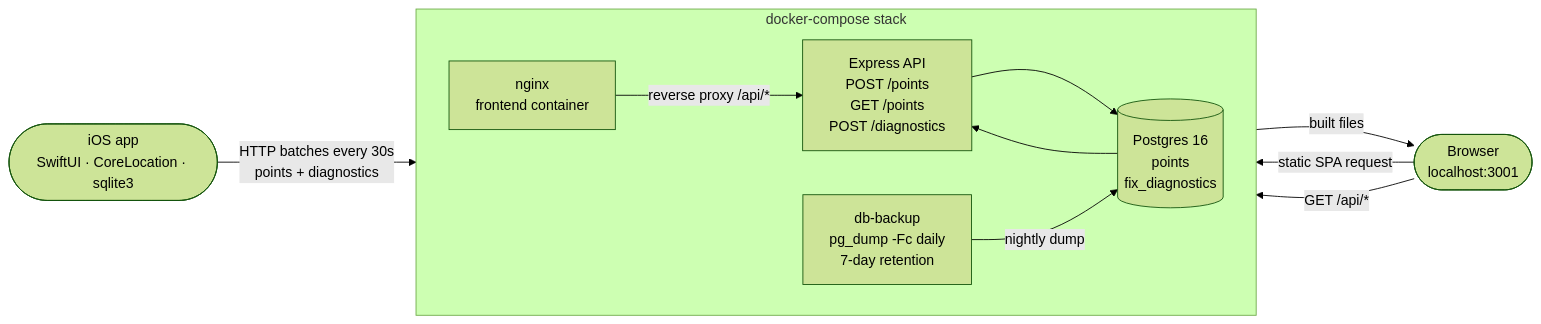
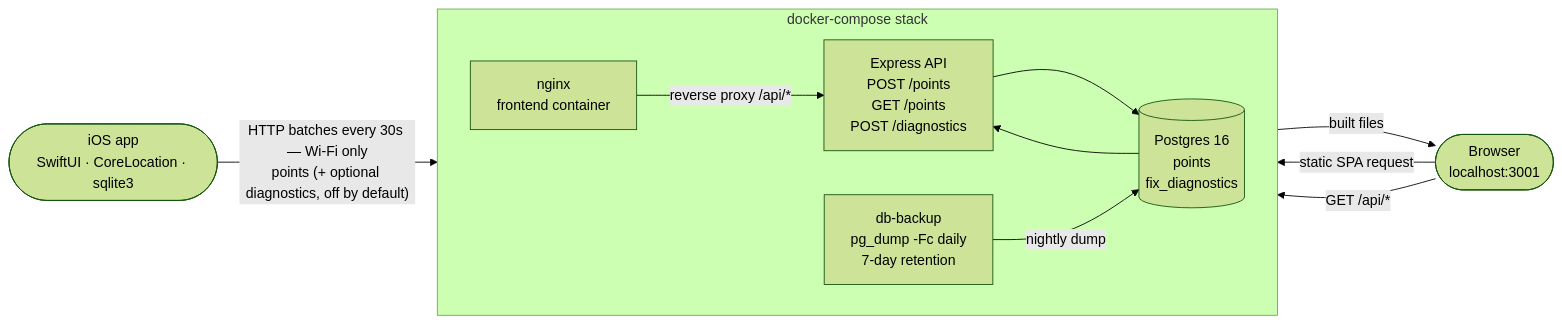
The diagram in README.md (athlonUA/GpsLogger), drawn with Mermaid (forest theme) before and after one commit. The commit also changed other lines of this file and 2 other files, not shown here.

First line of the commit message:
Docs: 1.2.10 Wi-Fi-only sync + opt-in fix_diagnostics

````diff
--- a/README.md
+++ b/README.md
@@ -303,22 +317,22 @@
 ```mermaid
 flowchart LR
     iOS(["iOS app<br/>SwiftUI · CoreLocation · sqlite3"])
     browser(["Browser<br/>localhost:3001"])
 
     subgraph compose["docker-compose stack"]
         direction LR
         nginx["nginx<br/>frontend container"]
         backend["Express API<br/>POST /points<br/>GET /points<br/>POST /diagnostics"]
         db[("Postgres 16<br/>points<br/>fix_diagnostics")]
         dbbackup["db-backup<br/>pg_dump -Fc daily<br/>7-day retention"]
     end
 
-    iOS -->|"HTTP batches every 30s<br/>points + diagnostics"| backend
+    iOS -->|"HTTP batches every 30s — Wi-Fi only<br/>points (+ optional diagnostics, off by default)"| backend
     browser -->|static SPA request| nginx
     nginx -->|built files| browser
     browser -->|"GET /api/*"| nginx
     nginx -->|"reverse proxy /api/*"| backend
     backend --> db
     db --> backend
     dbbackup -->|nightly dump| db
 ```
````
